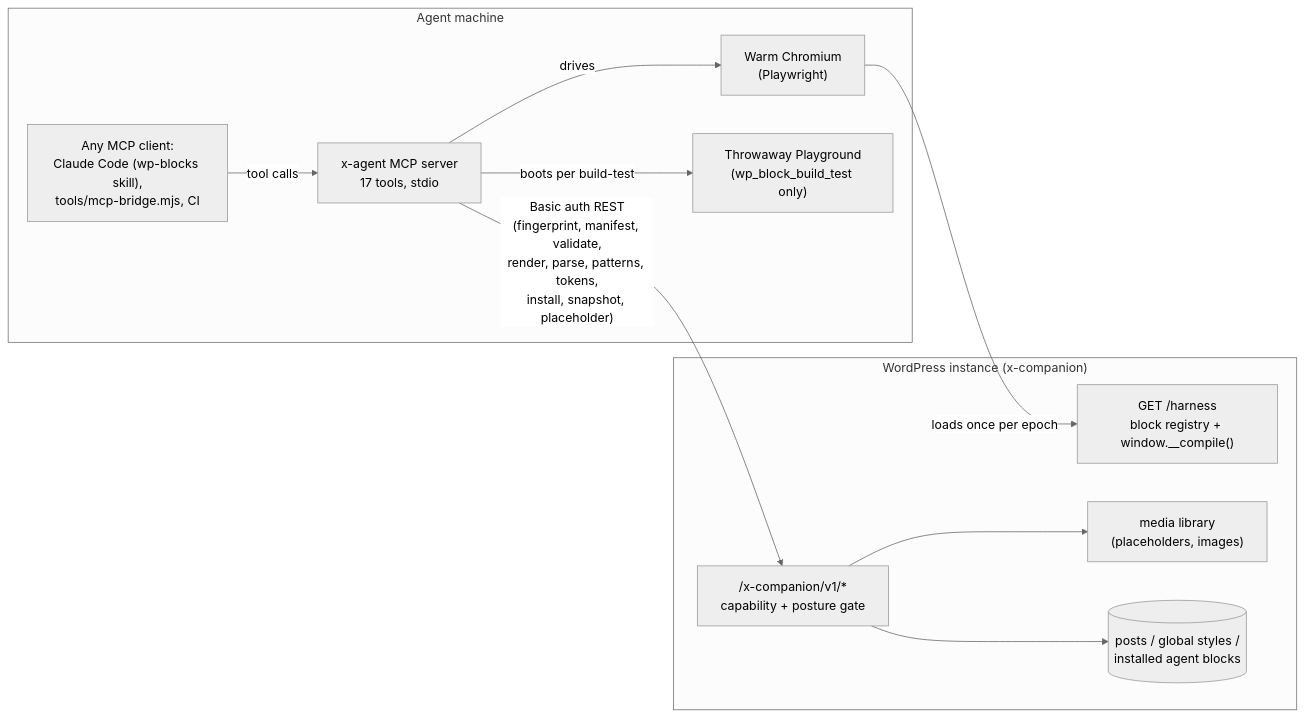
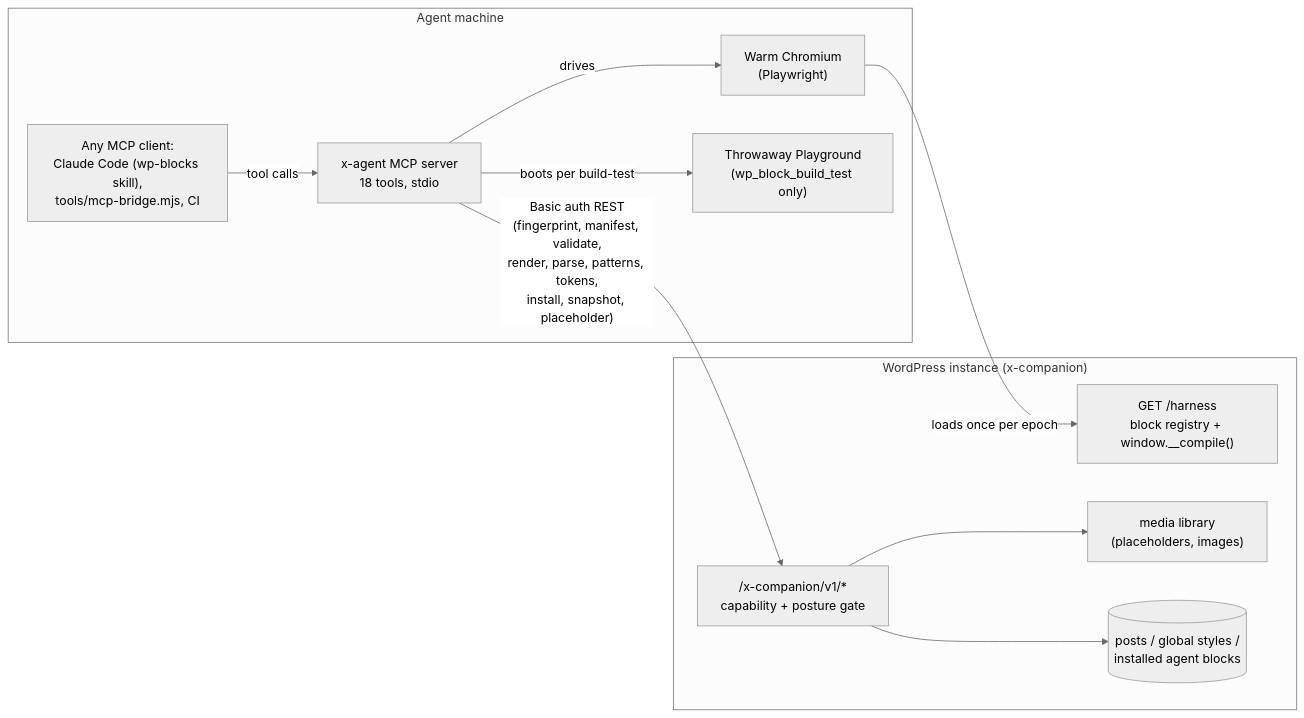
One commit to draganescu/x-companion-x-agent changed the first of 5 diagrams in FLOW.md. Above: the diagram before and after it, drawn with Mermaid (neutral theme). The commit also changed 8 other files, not shown here.

````diff
--- a/FLOW.md
+++ b/FLOW.md
@@ -7,24 +7,24 @@
 ```mermaid
 flowchart LR
     subgraph AGENT["Agent machine"]
         LLM["Any MCP client:\nClaude Code (wp-blocks skill),\ntools/mcp-bridge.mjs, CI"]
-        MCP["x-agent MCP server\n17 tools, stdio"]
+        MCP["x-agent MCP server\n18 tools, stdio"]
         BR["Warm Chromium\n(Playwright)"]
         PG["Throwaway Playground\n(wp_block_build_test only)"]
         LLM -- "tool calls" --> MCP
         MCP -- "drives" --> BR
         MCP -- "boots per build-test" --> PG
     end
 
     subgraph WP["WordPress instance (x-companion)"]
         REST["/x-companion/v1/*\ncapability + posture gate"]
         HARNESS["GET /harness\nblock registry + window.__compile()"]
         MEDIA["media library\n(placeholders, images)"]
         DB[("posts / global styles /\ninstalled agent blocks")]
     end
 
     MCP -- "Basic auth REST\n(fingerprint, manifest, validate,\nrender, parse, patterns, tokens,\ninstall, snapshot, placeholder)" --> REST
     BR -- "loads once per epoch" --> HARNESS
     REST --> MEDIA
     REST --> DB
 ```
````
